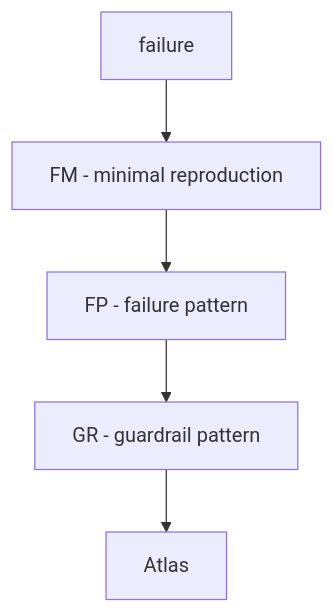
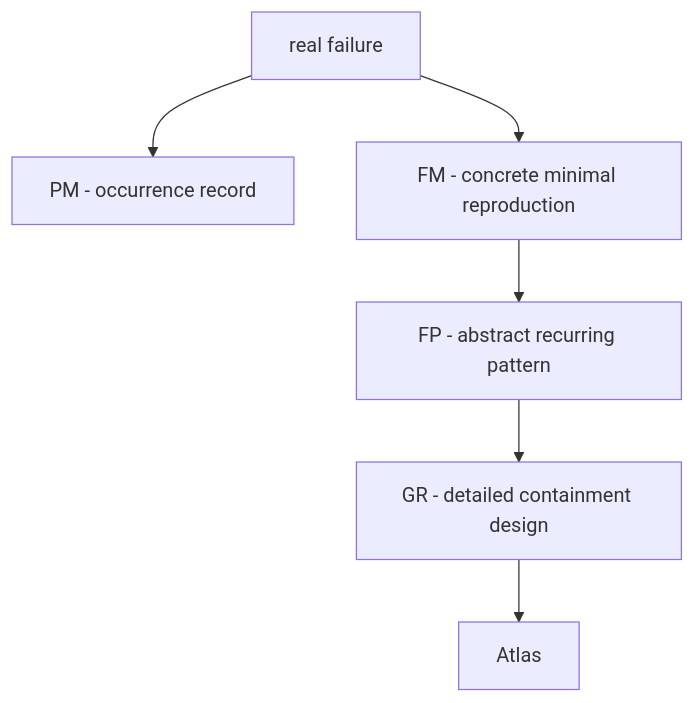
One commit to failuresmith/failure_atlas changed the diagram in README.md. Above: the diagram before and after it, drawn with Mermaid. The commit also changed other lines of this file and 58 other files, not shown here.

````diff
--- a/README.md
+++ b/README.md
@@ -24,8 +38,9 @@
 ```mermaid
 flowchart TD
-  A[failure]
-  A --> B[FM - minimal reproduction]
-  B --> C[FP - failure pattern]
-  C --> D[GR - guardrail pattern]
+  A[real failure]
+  A --> P[PM - occurrence record]
+  A --> B[FM - concrete minimal reproduction]
+  B --> C[FP - abstract recurring pattern]
+  C --> D[GR - detailed containment design]
   D --> E[Atlas]
 ```
````
